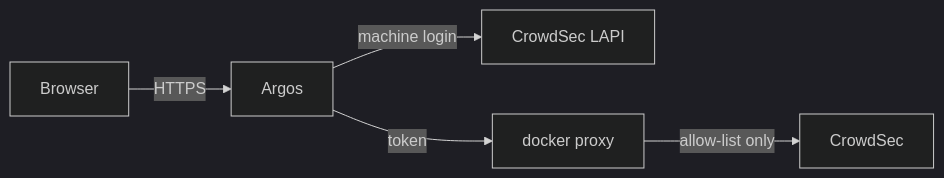
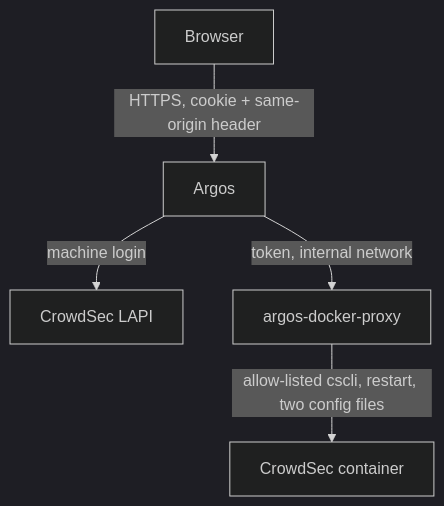
The diagram in README.md (georgemos940/argos), drawn with Mermaid (dark theme) before and after one commit.

Commit message:
readme: vertical security diagram

````diff
--- a/README.md
+++ b/README.md
@@ -275,7 +275,7 @@
 ```mermaid
-flowchart LR
-    B[Browser] -->|HTTPS| A[Argos]
+flowchart TB
+    B[Browser] -->|HTTPS, cookie + same-origin header| A[Argos]
     A -->|machine login| L[CrowdSec LAPI]
-    A -->|token| P[docker proxy]
-    P -->|allow-list only| C[CrowdSec]
+    A -->|token, internal network| P[argos-docker-proxy]
+    P -->|allow-listed cscli, restart, two config files| C[CrowdSec container]
 ```
````
